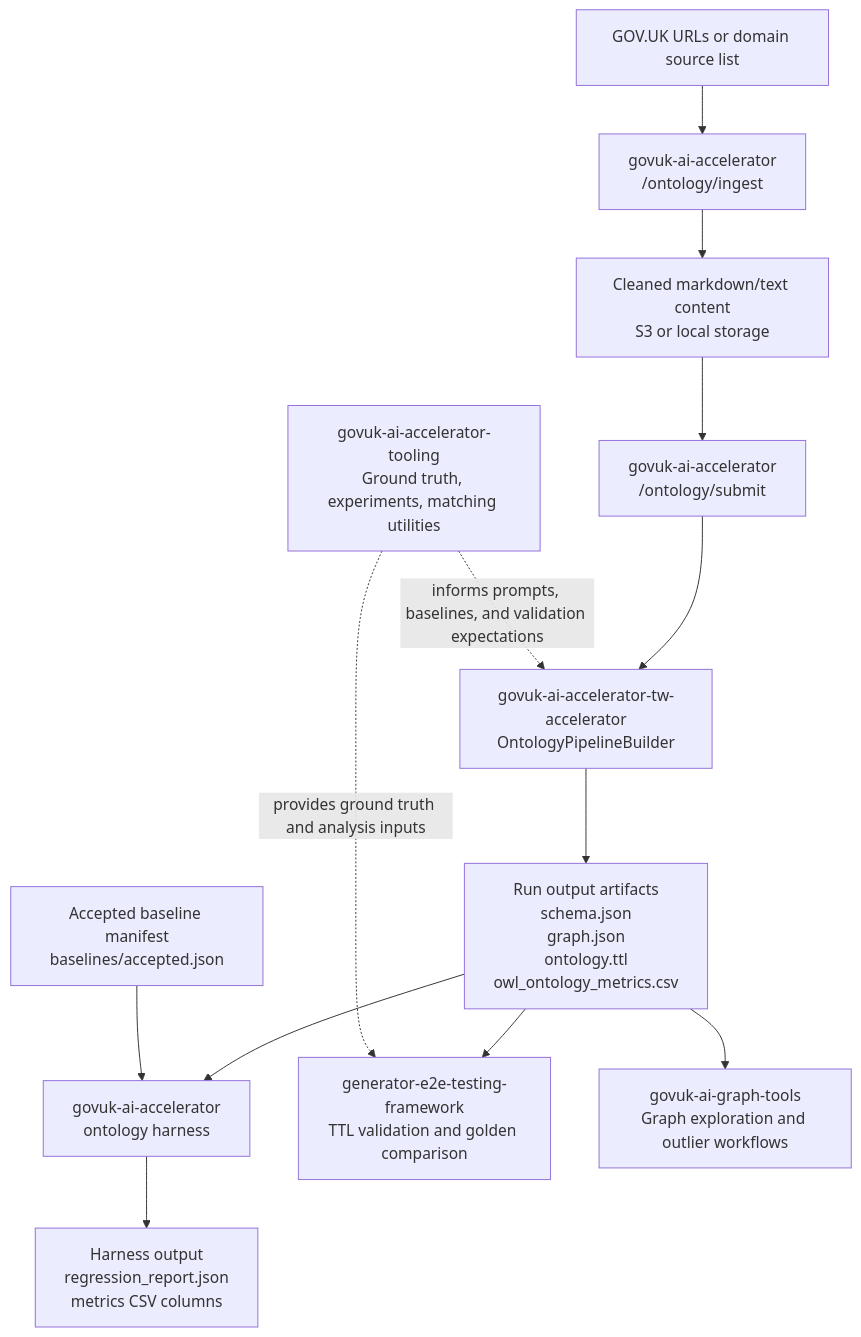
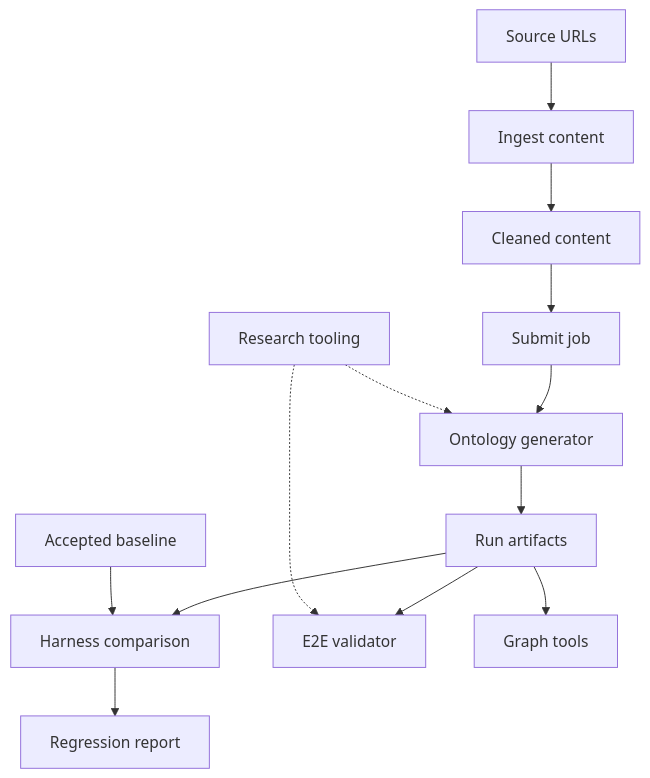
The diagram in docs/architecture/cross-repo-integration.md (alphagov/govuk-ai-accelerator), drawn with Mermaid before and after one commit. The commit also changed other lines of this file, not shown here.

Commit message:
Clarify harness configuration overview

````diff
--- a/docs/architecture/cross-repo-integration.md
+++ b/docs/architecture/cross-repo-integration.md
@@ -21,28 +24,28 @@
 ```mermaid
 flowchart TD
-    source["GOV.UK URLs or domain source list"]
-    ingest["govuk-ai-accelerator\n/ontology/ingest"]
-    ingested["Cleaned markdown/text content\nS3 or local storage"]
-    submit["govuk-ai-accelerator\n/ontology/submit"]
-    generator["govuk-ai-accelerator-tw-accelerator\nOntologyPipelineBuilder"]
-    artifacts["Run output artifacts\nschema.json\ngraph.json\nontology.ttl\nowl_ontology_metrics.csv"]
-    harness["govuk-ai-accelerator\nontology harness"]
-    baseline["Accepted baseline manifest\nbaselines/accepted.json"]
-    report["Harness output\nregression_report.json\nmetrics CSV columns"]
-    validator["generator-e2e-testing-framework\nTTL validation and golden comparison"]
-    graphTools["govuk-ai-graph-tools\nGraph exploration and outlier workflows"]
-    tooling["govuk-ai-accelerator-tooling\nGround truth, experiments, matching utilities"]
+    source["Source URLs"]
+    ingest["Ingest content"]
+    ingested["Cleaned content"]
+    submit["Submit job"]
+    generator["Ontology generator"]
+    artifacts["Run artifacts"]
+    harness["Harness comparison"]
+    baseline["Accepted baseline"]
+    report["Regression report"]
+    validator["E2E validator"]
+    graphTools["Graph tools"]
+    tooling["Research tooling"]
 
     source --> ingest
     ingest --> ingested
     ingested --> submit
     submit --> generator
     generator --> artifacts
     artifacts --> harness
     baseline --> harness
     harness --> report
     artifacts --> validator
     artifacts --> graphTools
-    tooling -. informs prompts, baselines, and validation expectations .-> generator
-    tooling -. provides ground truth and analysis inputs .-> validator
+    tooling -.-> generator
+    tooling -.-> validator
 ```
````
